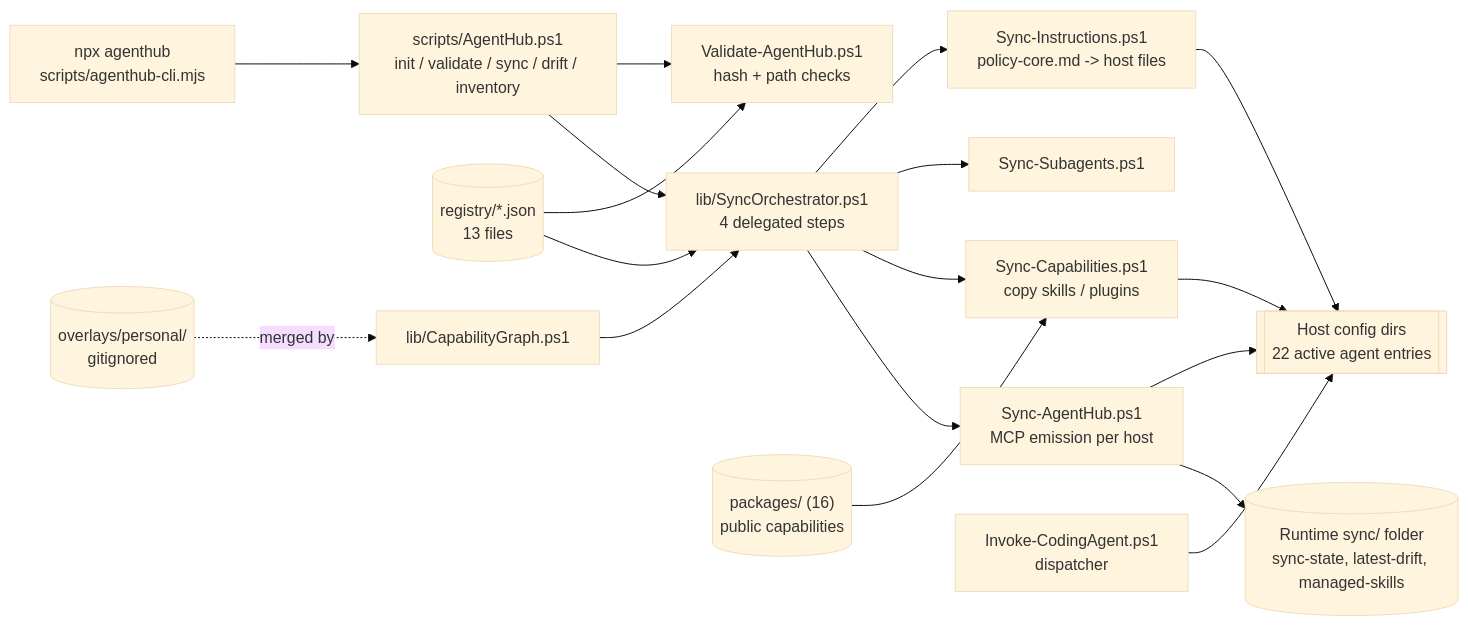
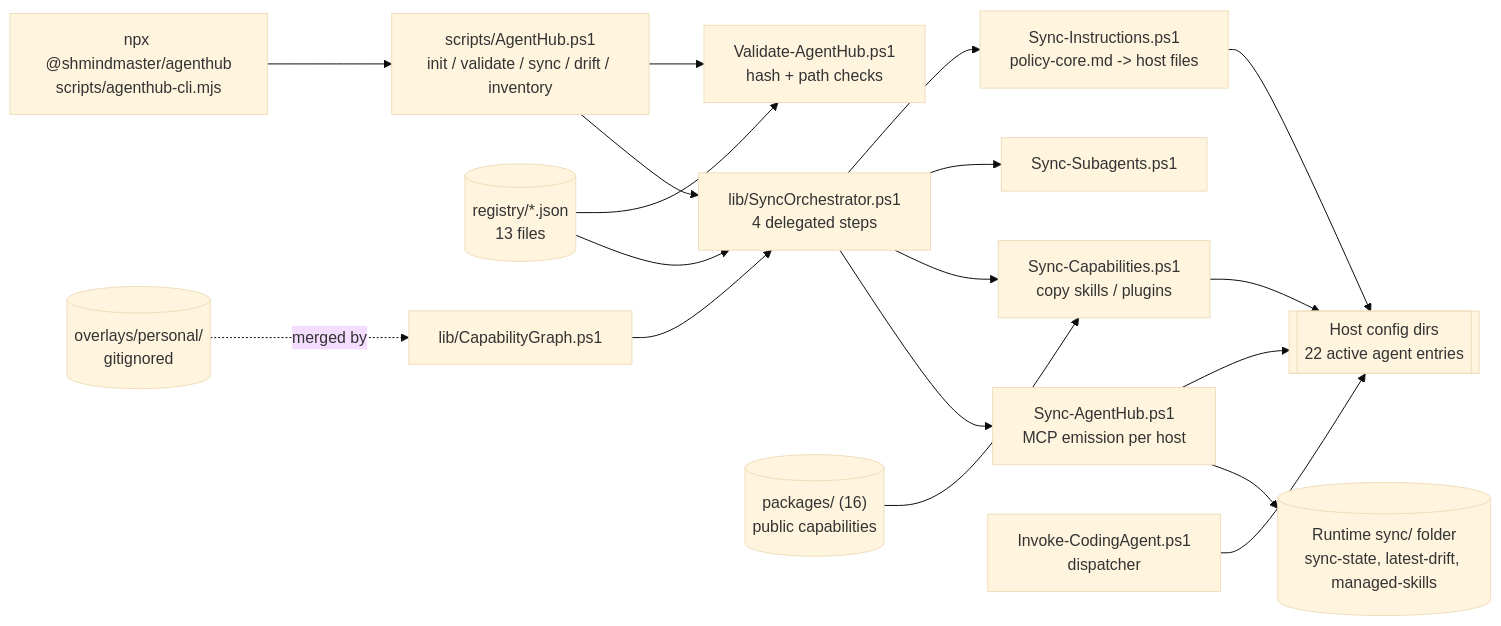
One commit to shmindmaster/agenthub changed the diagram in docs/verification/TECHNICAL.md. Above: the diagram before and after it, drawn with Mermaid (base theme). The commit also changed other lines of this file and 12 other files, not shown here.

First line of the commit message:
Publish to npm as @shmindmaster/agenthub

````diff
--- a/docs/verification/TECHNICAL.md
+++ b/docs/verification/TECHNICAL.md
@@ -7,20 +7,20 @@
 ```mermaid
 flowchart LR
-  CLI["npx agenthub<br/>scripts/agenthub-cli.mjs"] --> AH["scripts/AgentHub.ps1<br/>init / validate / sync / drift / inventory"]
+  CLI["npx @shmindmaster/agenthub<br/>scripts/agenthub-cli.mjs"] --> AH["scripts/AgentHub.ps1<br/>init / validate / sync / drift / inventory"]
   AH --> VAL["Validate-AgentHub.ps1<br/>hash + path checks"]
   AH --> ORCH["lib/SyncOrchestrator.ps1<br/>4 delegated steps"]
   ORCH --> SI["Sync-Instructions.ps1<br/>policy-core.md -> host files"]
   ORCH --> SS["Sync-Subagents.ps1"]
   ORCH --> SC["Sync-Capabilities.ps1<br/>copy skills / plugins"]
   ORCH --> SA["Sync-AgentHub.ps1<br/>MCP emission per host"]
   REG[("registry/*.json<br/>13 files")] --> VAL
   REG --> ORCH
   PKG[("packages/ (16)<br/>public capabilities")] --> SC
   OVL[("overlays/personal/<br/>gitignored")] -. merged by .-> CG["lib/CapabilityGraph.ps1"]
   CG --> ORCH
   SC --> HOSTS[["Host config dirs<br/>22 active agent entries"]]
   SA --> HOSTS
   SI --> HOSTS
   SA --> RT[("Runtime sync/ folder<br/>sync-state, latest-drift, managed-skills")]
   DISP["Invoke-CodingAgent.ps1<br/>dispatcher"] --> HOSTS
 ```
````
